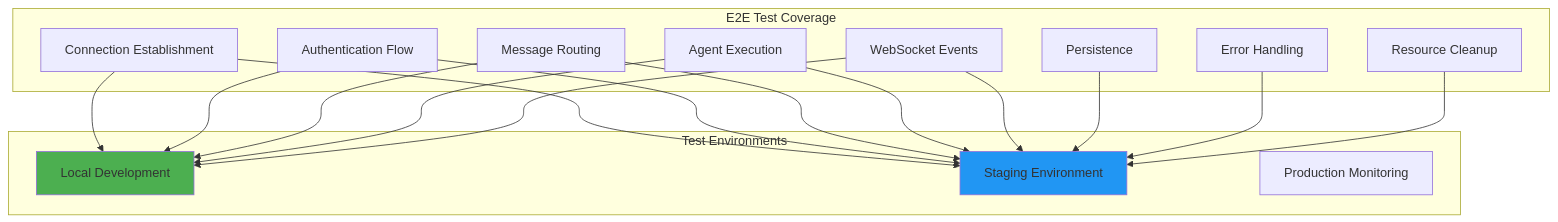
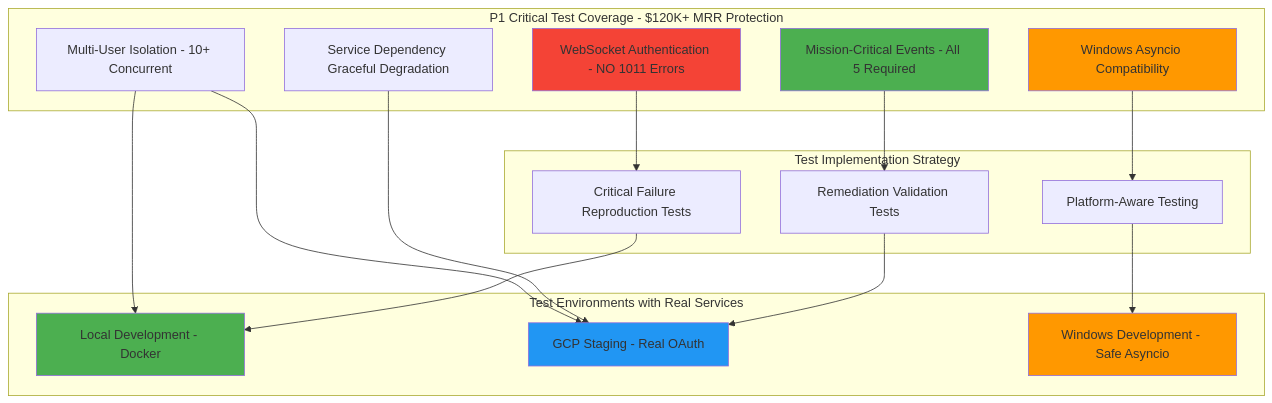
One commit to netra-systems/zen changed diagram 14 of 14 in docs/GOLDEN_PATH_USER_FLOW_COMPLETE.md. Above: the diagram before and after it, drawn with Mermaid. The commit also changed other lines of this file and 1 other file, not shown here.

````diff
--- a/docs/GOLDEN_PATH_USER_FLOW_COMPLETE.md
+++ b/docs/GOLDEN_PATH_USER_FLOW_COMPLETE.md
@@ -801,36 +801,40 @@
 ```mermaid
 graph TD
-    subgraph "E2E Test Coverage"
-        TEST1[Connection Establishment]
-        TEST2[Authentication Flow]
-        TEST3[Message Routing]
-        TEST4[Agent Execution]
-        TEST5[WebSocket Events]
-        TEST6[Persistence]
-        TEST7[Error Handling]
-        TEST8[Resource Cleanup]
+    subgraph "P1 Critical Test Coverage - $120K+ MRR Protection"
+        TEST1[WebSocket Authentication - NO 1011 Errors]
+        TEST2[Windows Asyncio Compatibility]
+        TEST3[Mission-Critical Events - All 5 Required]
+        TEST4[Multi-User Isolation - 10+ Concurrent]
+        TEST5[Service Dependency Graceful Degradation]
     end
     
-    subgraph "Test Environments"
-        LOCAL[Local Development]
-        STAGING[Staging Environment]
-        PRODUCTION[Production Monitoring]
+    subgraph "Test Implementation Strategy"
+        REPRO[Critical Failure Reproduction Tests]
+        REMEDIATION[Remediation Validation Tests]
+        PLATFORM[Platform-Aware Testing]
     end
     
-    TEST1 --> LOCAL
-    TEST1 --> STAGING
-    TEST2 --> LOCAL
-    TEST2 --> STAGING
-    TEST3 --> LOCAL
-    TEST3 --> STAGING
+    subgraph "Test Environments with Real Services"
+        LOCAL[Local Development - Docker]
+        STAGING[GCP Staging - Real OAuth]
+        WINDOWS[Windows Development - Safe Asyncio]
+    end
+    
+    TEST1 --> REPRO
+    TEST2 --> PLATFORM
+    TEST3 --> REMEDIATION
     TEST4 --> LOCAL
     TEST4 --> STAGING
-    TEST5 --> LOCAL
     TEST5 --> STAGING
-    TEST6 --> STAGING
-    TEST7 --> STAGING
-    TEST8 --> STAGING
     
+    REPRO --> LOCAL
+    REMEDIATION --> STAGING
+    PLATFORM --> WINDOWS
+    
+    style TEST1 fill:#f44336
+    style TEST2 fill:#ff9800  
+    style TEST3 fill:#4caf50
     style STAGING fill:#2196f3
     style LOCAL fill:#4caf50
+    style WINDOWS fill:#ff9800
 ```
````
